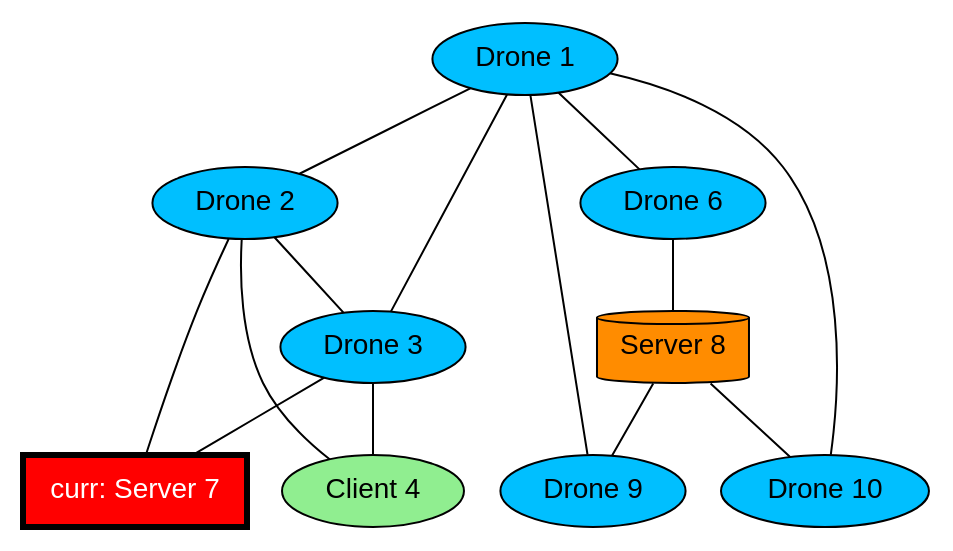
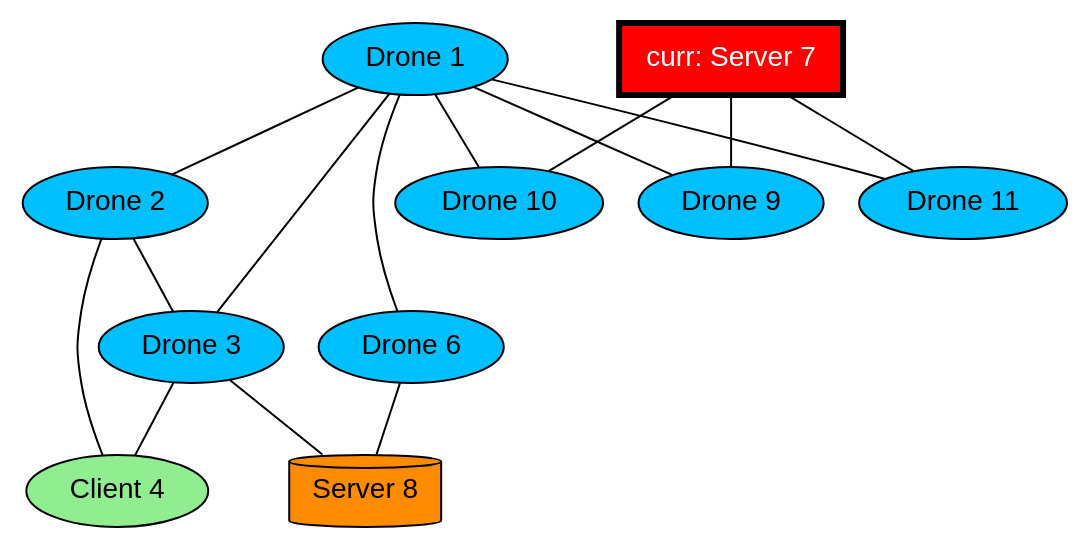
One commit to Beto-prog/Lab_progAvanzata changed the diagram in codice/network_init/grafo.dot. Above: the diagram before and after it, drawn with Graphviz. The commit also changed 6 other files, not shown here.

```diff
--- a/codice/network_init/grafo.dot
+++ b/codice/network_init/grafo.dot
@@ -1,25 +1,27 @@
 graph G {
     node [fontname=Helvetica];
-    2 [label="Drone 2", fillcolor=deepskyblue, shape=ellipse, style=filled, penwidth=1, fontcolor=black];
-    3 [label="Drone 3", fillcolor=deepskyblue, shape=ellipse, style=filled, penwidth=1, fontcolor=black];
-    1 [label="Drone 1", fillcolor=deepskyblue, shape=ellipse, style=filled, penwidth=1, fontcolor=black];
-    9 [label="Drone 9", fillcolor=deepskyblue, shape=ellipse, style=filled, penwidth=1, fontcolor=black];
     4 [label="Client 4", fillcolor=lightgreen, shape=oval, style=filled, penwidth=1, fontcolor=black];
     8 [label="Server 8", fillcolor=darkorange, shape=cylinder, style=filled, penwidth=1, fontcolor=black];
+    10 [label="Drone 10", fillcolor=deepskyblue, shape=ellipse, style=filled, penwidth=1, fontcolor=black];
+    2 [label="Drone 2", fillcolor=deepskyblue, shape=ellipse, style=filled, penwidth=1, fontcolor=black];
+    1 [label="Drone 1", fillcolor=deepskyblue, shape=ellipse, style=filled, penwidth=1, fontcolor=black];
     7 [label="curr: Server 7", fillcolor=red, shape=box, style=filled, penwidth=3, fontcolor=white];
-    10 [label="Drone 10", fillcolor=deepskyblue, shape=ellipse, style=filled, penwidth=1, fontcolor=black];
     6 [label="Drone 6", fillcolor=deepskyblue, shape=ellipse, style=filled, penwidth=1, fontcolor=black];
+    9 [label="Drone 9", fillcolor=deepskyblue, shape=ellipse, style=filled, penwidth=1, fontcolor=black];
+    11 [label="Drone 11", fillcolor=deepskyblue, shape=ellipse, style=filled, penwidth=1, fontcolor=black];
+    3 [label="Drone 3", fillcolor=deepskyblue, shape=ellipse, style=filled, penwidth=1, fontcolor=black];
+    3 -- 4;
     2 -- 4;
+    6 -- 8;
+    3 -- 8;
+    7 -- 10;
+    1 -- 10;
     1 -- 2;
-    2 -- 7;
     2 -- 3;
-    3 -- 7;
-    3 -- 4;
     1 -- 3;
-    1 -- 10;
+    1 -- 11;
+    1 -- 9;
     1 -- 6;
-    1 -- 9;
-    8 -- 9;
-    6 -- 8;
-    8 -- 10;
+    7 -- 9;
+    7 -- 11;
 }
```
